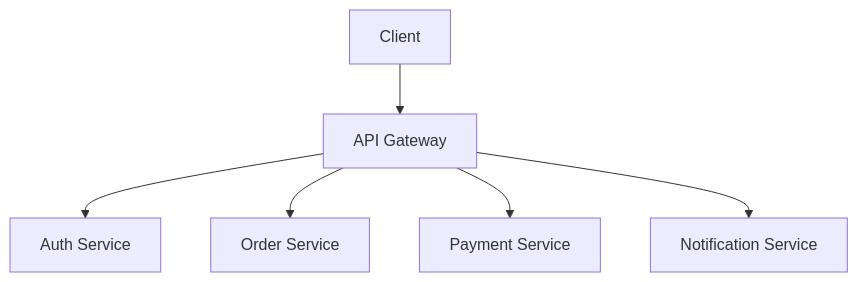
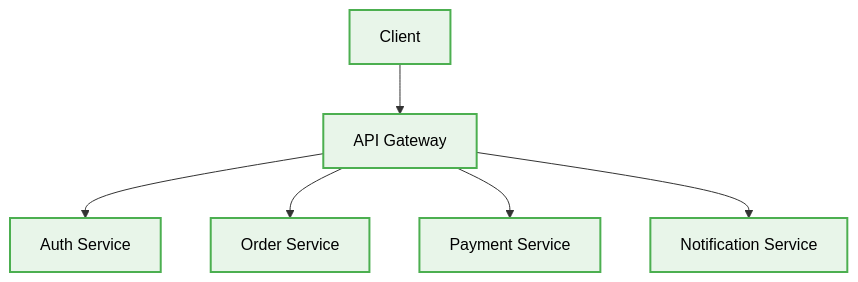
Before and after one commit to beginwebdev2002/best-practise: the fourth of 10 diagrams in architectures/readme.md, drawn with Mermaid. The commit also changed other lines of this file and 20 other files, not shown here.

First line of the commit message:
docs: update mermaid diagrams with UI/UX design tokens styling

````diff
--- a/architectures/readme.md
+++ b/architectures/readme.md
@@ -151,8 +183,20 @@
 ```mermaid
 graph TD
     Client --> Gateway[API Gateway]
     Gateway --> Auth[Auth Service]
     Gateway --> Order[Order Service]
     Gateway --> Pay[Payment Service]
     Gateway --> Notif[Notification Service]
+    %% Added Design Token Styles for Mermaid Diagrams
+    classDef default fill:#e1f5fe,stroke:#03a9f4,stroke-width:2px,color:#000;
+    classDef component fill:#e8f5e9,stroke:#4caf50,stroke-width:2px,color:#000;
+    classDef layout fill:#f3e5f5,stroke:#9c27b0,stroke-width:2px,color:#000;
+
+    class Order component;
+    class Client component;
+    class Auth component;
+    class Notif component;
+    class Gateway component;
+    class Pay component;
+
 ```
````
